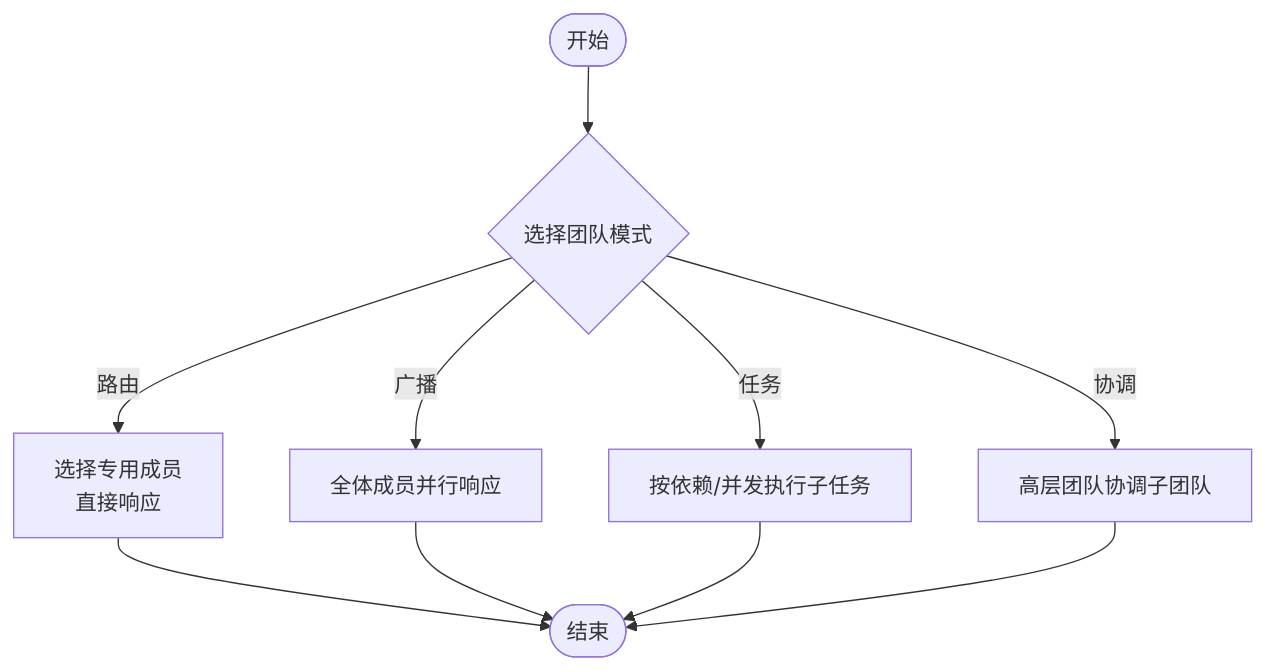
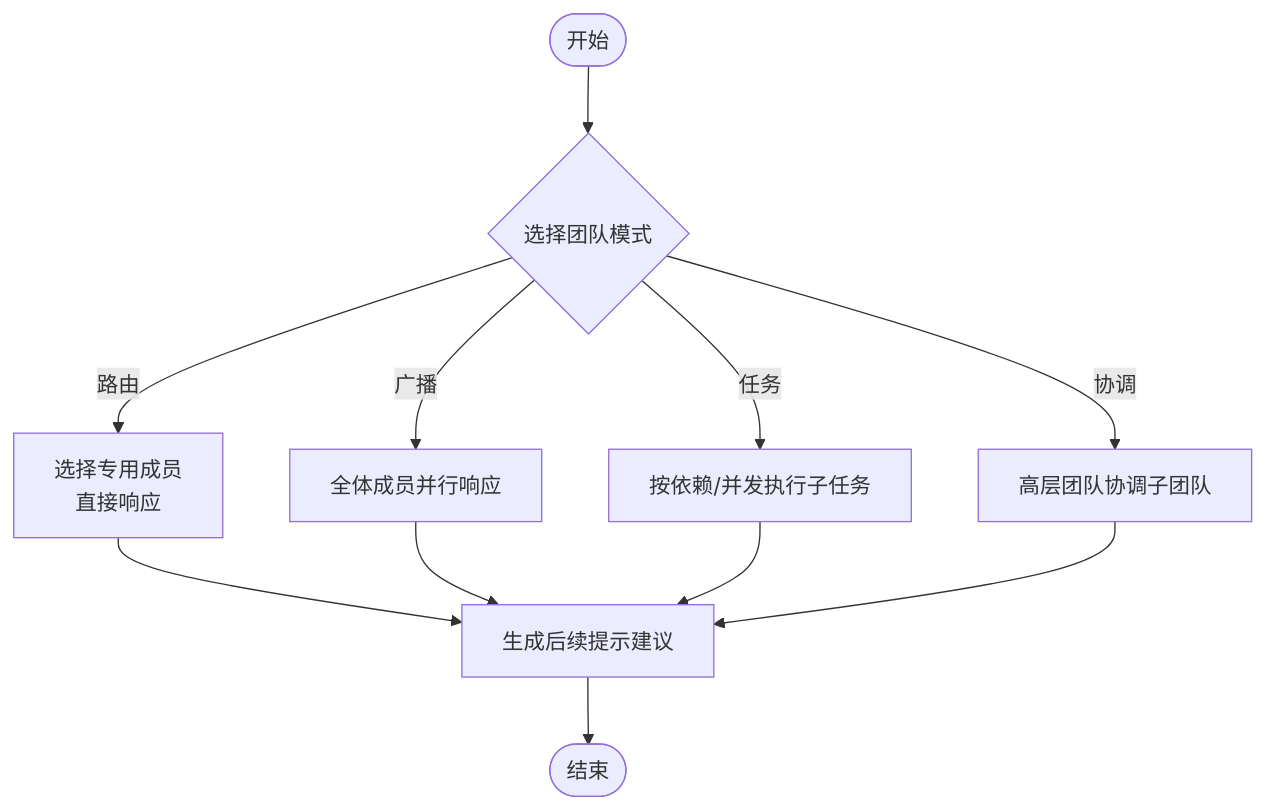
The third of 15 diagrams in .qoder/repowiki/zh/content/团队系统/团队系统.md (defulat-coder/agno-learn), drawn with Mermaid before and after one commit. The commit also changed other lines of this file and 1683 other files, not shown here.

````diff
--- a/.qoder/repowiki/zh/content/团队系统/团队系统.md
+++ b/.qoder/repowiki/zh/content/团队系统/团队系统.md
@@ -156,12 +183,13 @@
 ```mermaid
 flowchart TD
 Start(["开始"]) --> ChooseMode{"选择团队模式"}
 ChooseMode --> |路由| Route["选择专用成员<br/>直接响应"]
 ChooseMode --> |广播| Broadcast["全体成员并行响应"]
 ChooseMode --> |任务| Task["按依赖/并发执行子任务"]
 ChooseMode --> |协调| Coord["高层团队协调子团队"]
-Route --> End(["结束"])
-Broadcast --> End
-Task --> End
-Coord --> End
+Route --> Followups["生成后续提示建议"]
+Broadcast --> Followups
+Task --> Followups
+Coord --> Followups
+Followups --> End(["结束"])
 ```
````
